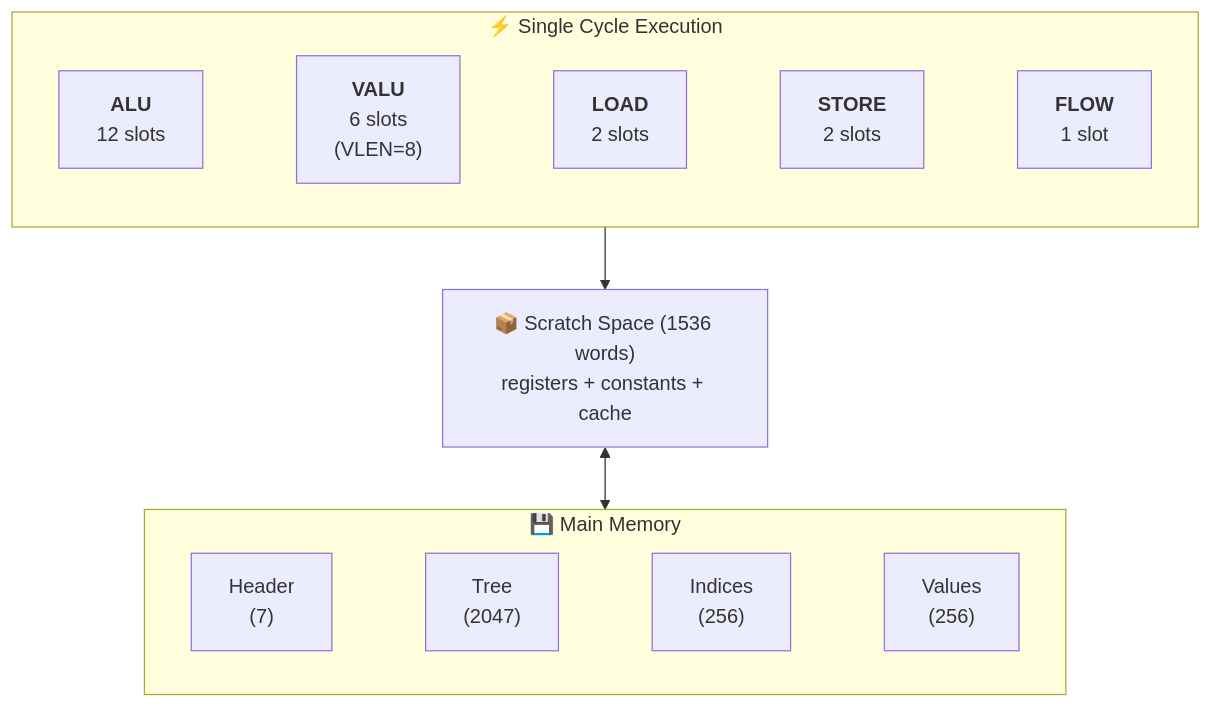
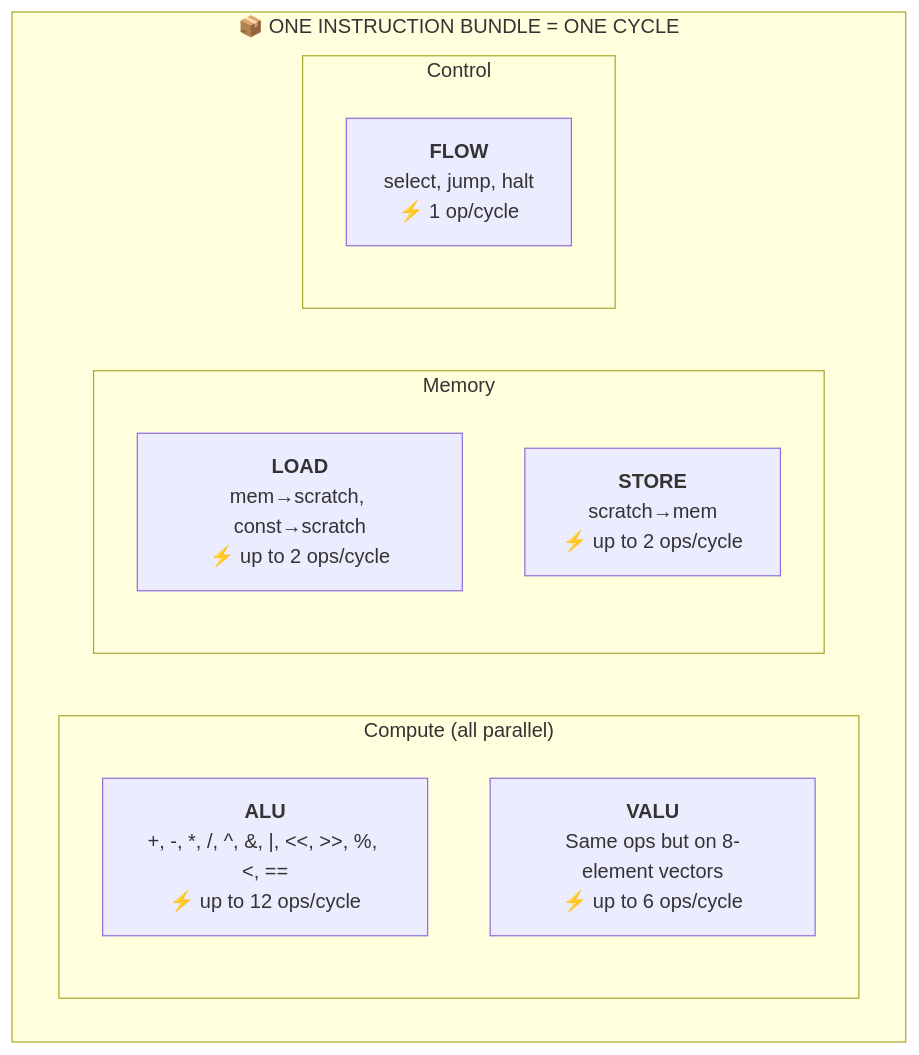
One commit to trirpi/trirpi.github.io changed the second of 4 diagrams in content/posts/anthropic-performance-takehome-deep-dive.md. Above: the diagram before and after it, drawn with Mermaid. The commit also changed other lines of this file, not shown here.

Commit message:
Rewrite architecture section with clearer diagrams and explanations

````diff
--- a/content/posts/anthropic-performance-takehome-deep-dive.md
+++ b/content/posts/anthropic-performance-takehome-deep-dive.md
@@ -31,15 +54,16 @@
 ```mermaid
 flowchart TB
-    subgraph cycle["⚡ Single Cycle Execution"]
-        ALU["<b>ALU</b><br/>12 slots"] ~~~ VALU["<b>VALU</b><br/>6 slots<br/>(VLEN=8)"] ~~~ LOAD["<b>LOAD</b><br/>2 slots"] ~~~ STORE["<b>STORE</b><br/>2 slots"] ~~~ FLOW["<b>FLOW</b><br/>1 slot"]
+    subgraph bundle["📦 ONE INSTRUCTION BUNDLE = ONE CYCLE"]
+        subgraph compute["Compute (all parallel)"]
+            ALU["<b>ALU</b><br/>+, -, *, /, ^, &, |, <<, >>, %, <, ==<br/>⚡ up to 12 ops/cycle"]
+            VALU["<b>VALU</b><br/>Same ops but on 8-element vectors<br/>⚡ up to 6 ops/cycle"]
+        end
+        subgraph memops["Memory"]
+            LOAD["<b>LOAD</b><br/>mem→scratch, const→scratch<br/>⚡ up to 2 ops/cycle"]
+            STORE["<b>STORE</b><br/>scratch→mem<br/>⚡ up to 2 ops/cycle"]
+        end
+        subgraph control["Control"]
+            FLOW["<b>FLOW</b><br/>select, jump, halt<br/>⚡ 1 op/cycle"]
+        end
     end
-    
-    scratch["📦 Scratch Space (1536 words)<br/>registers + constants + cache"]
-    
-    subgraph mem["💾 Main Memory"]
-        HEADER["Header<br/>(7)"] ~~~ TREE["Tree<br/>(2047)"] ~~~ IDX["Indices<br/>(256)"] ~~~ VAL["Values<br/>(256)"]
-    end
-    
-    cycle --> scratch
-    scratch <--> mem
 ```
````
